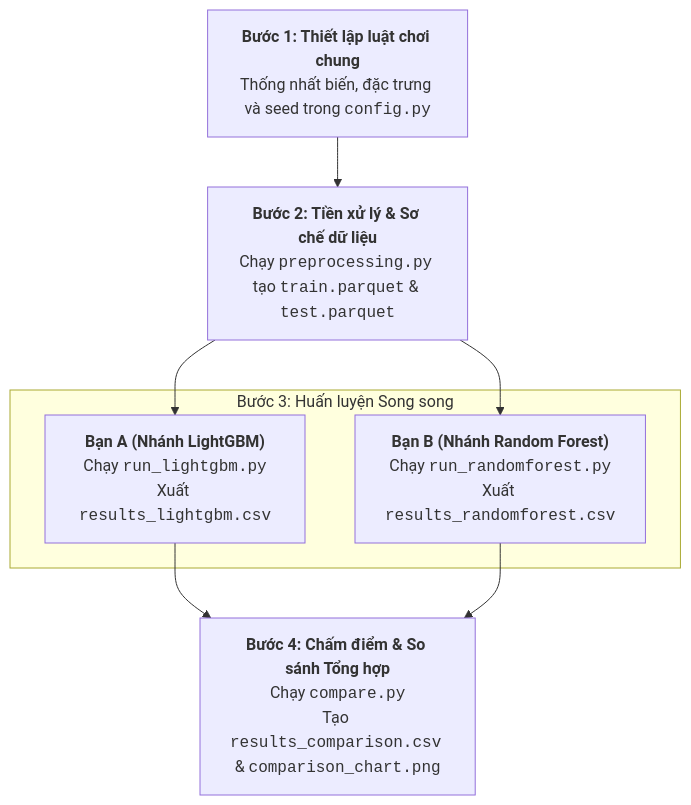
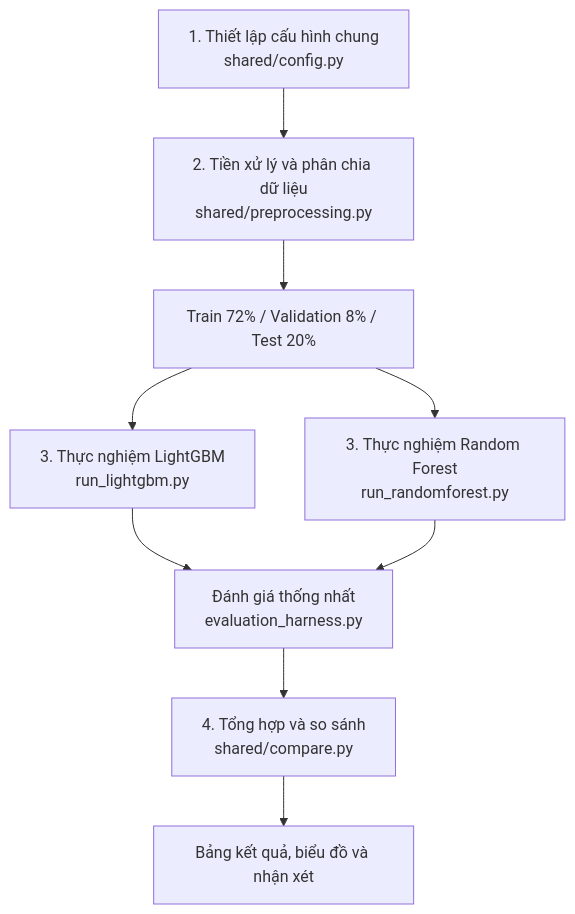
One commit to PhuongLinh2finh3/IS217_OLAP changed the diagram in README.md. Above: the diagram before and after it, drawn with Mermaid. The commit also changed other lines of this file, not shown here.

````diff
--- a/README.md
+++ b/README.md
@@ -41,14 +44,11 @@
 ```mermaid
 flowchart TD
-    Step1["<b>Bước 1: Thiết lập luật chơi chung</b><br/>Thống nhất biến, đặc trưng và seed trong <code>config.py</code>"] --> Step2
-    Step2["<b>Bước 2: Tiền xử lý & Sơ chế dữ liệu</b><br/>Chạy <code>preprocessing.py</code> tạo <code>train.parquet</code> & <code>test.parquet</code>"] --> Step3A
-    Step2 --> Step3B
-    
-    subgraph Parallel["Bước 3: Huấn luyện Song song"]
-        Step3A["<b>Bạn A (Nhánh LightGBM)</b><br/>Chạy <code>run_lightgbm.py</code><br/>Xuất <code>results_lightgbm.csv</code>"]
-        Step3B["<b>Bạn B (Nhánh Random Forest)</b><br/>Chạy <code>run_randomforest.py</code><br/>Xuất <code>results_randomforest.csv</code>"]
-    end
-
-    Step3A --> Step4["<b>Bước 4: Chấm điểm & So sánh Tổng hợp</b><br/>Chạy <code>compare.py</code><br/>Tạo <code>results_comparison.csv</code> & <code>comparison_chart.png</code>"]
-    Step3B --> Step4
+    A["1. Thiết lập cấu hình chung<br/>shared/config.py"] --> B["2. Tiền xử lý và phân chia dữ liệu<br/>shared/preprocessing.py"]
+    B --> C["Train 72% / Validation 8% / Test 20%"]
+    C --> D["3. Thực nghiệm LightGBM<br/>run_lightgbm.py"]
+    C --> E["3. Thực nghiệm Random Forest<br/>run_randomforest.py"]
+    D --> F["Đánh giá thống nhất<br/>evaluation_harness.py"]
+    E --> F
+    F --> G["4. Tổng hợp và so sánh<br/>shared/compare.py"]
+    G --> H["Bảng kết quả, biểu đồ và nhận xét"]
 ```
````
